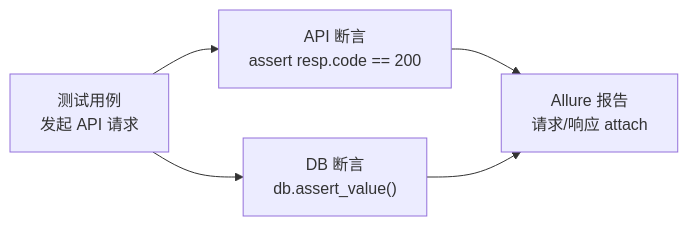
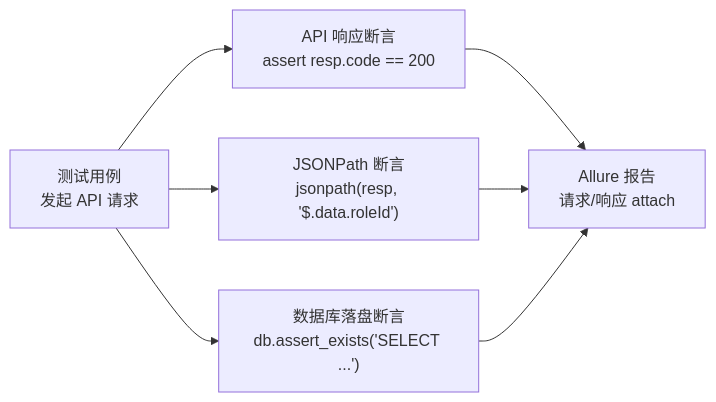
The sixth of 6 diagrams in README.md (Mavie521/ruoyi-api-test), drawn with Mermaid before and after one commit. The commit also changed other lines of this file, not shown here.

Commit message:
docs: 补充三维断言体系说明（API + JSONPath + DB）

````diff
--- a/README.md
+++ b/README.md
@@ -305,7 +305,9 @@
 ```mermaid
 graph LR
-    A["测试用例<br/>发起 API 请求"] --> B["API 断言<br/>assert resp.code == 200"]
-    A --> C["DB 断言<br/>db.assert_value()"]
-    B --> D["Allure 报告<br/>请求/响应 attach"]
-    C --> D
+    A["测试用例<br/>发起 API 请求"] --> B["API 响应断言<br/>assert resp.code == 200"]
+    A --> C["JSONPath 断言<br/>jsonpath(resp, '$.data.roleId')"]
+    A --> D["数据库落盘断言<br/>db.assert_exists('SELECT ...')"]
+    B --> E["Allure 报告<br/>请求/响应 attach"]
+    C --> E
+    D --> E
 ```
````
